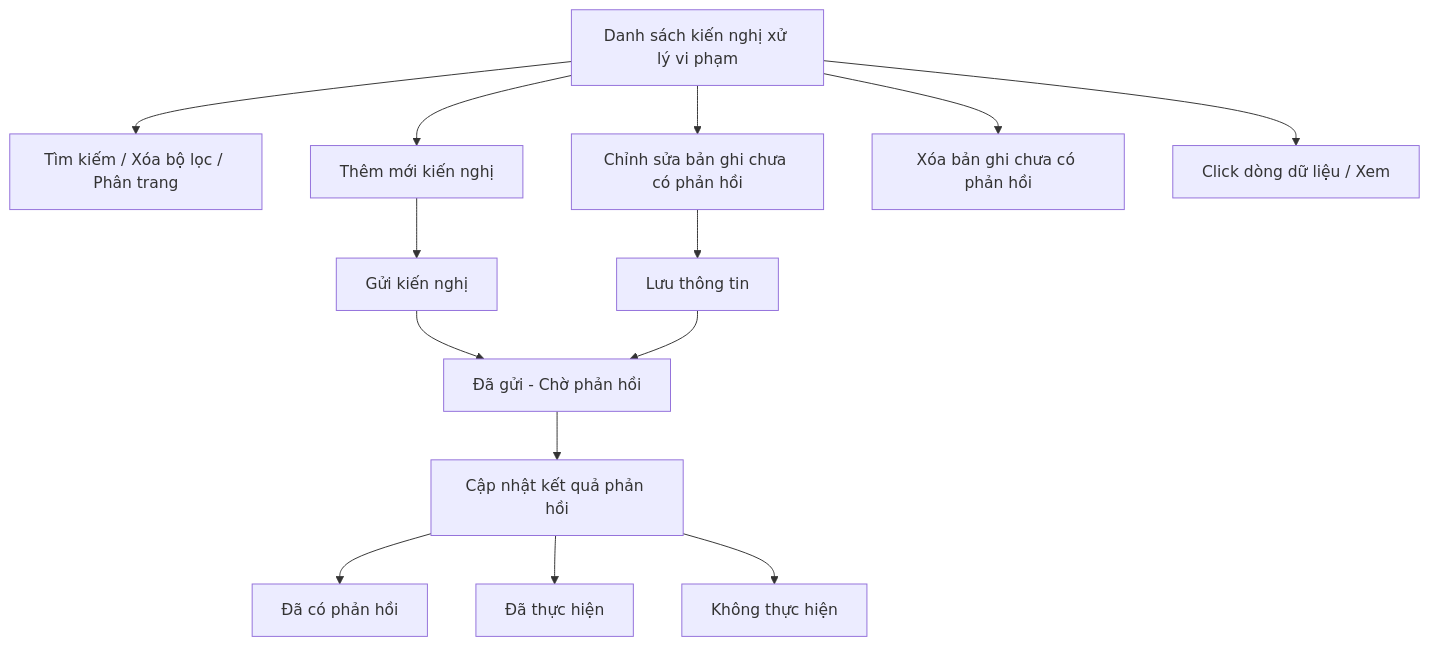
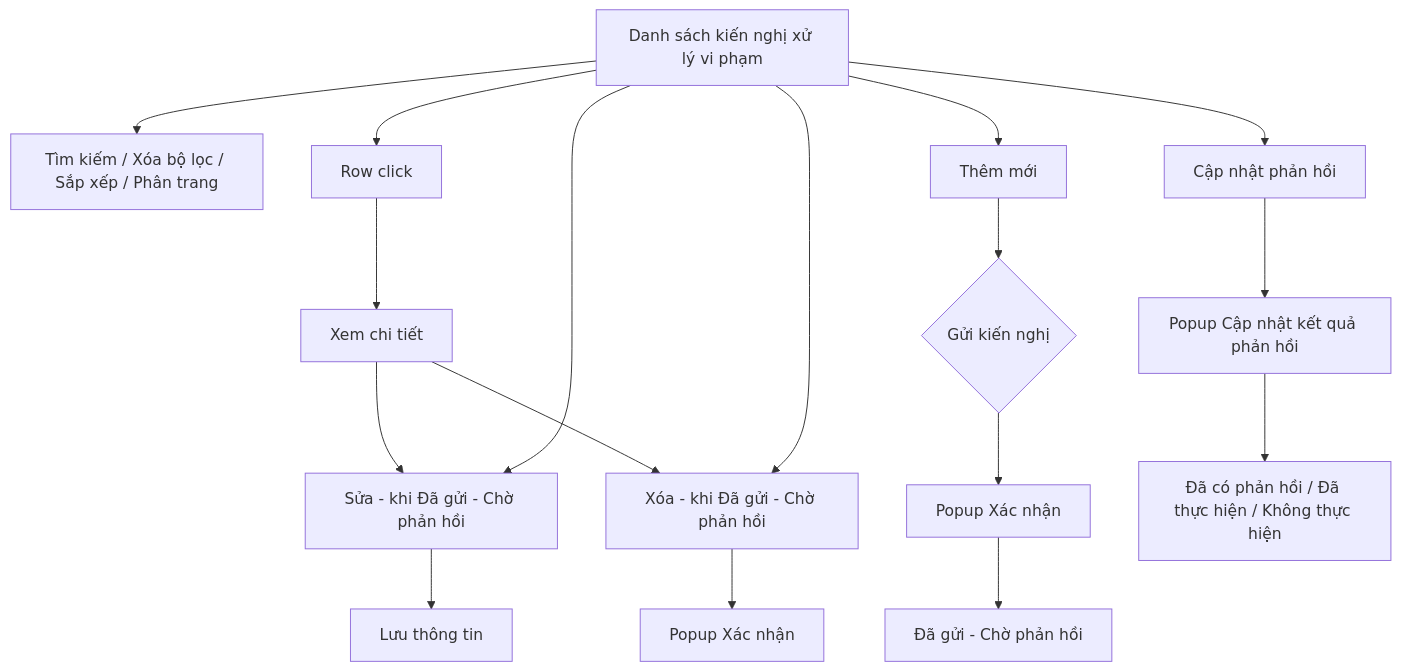
The diagram in Tai lieu phan tich/03_Website_Quan_tri/03_Cong_tac_boi_thuong/SRS_BTNN_STP_KienNghi_XuLyViPham_GQBT.md (huyendt2007/BPBD_UI), drawn with Mermaid before and after one commit. The commit also changed other lines of this file and 135 other files, not shown here.

````diff
--- a/Tai lieu phan tich/03_Website_Quan_tri/03_Cong_tac_boi_thuong/SRS_BTNN_STP_KienNghi_XuLyViPham_GQBT.md
+++ b/Tai lieu phan tich/03_Website_Quan_tri/03_Cong_tac_boi_thuong/SRS_BTNN_STP_KienNghi_XuLyViPham_GQBT.md
@@ -27,16 +29,13 @@
 ```mermaid
 flowchart TD
-    A[Danh sách kiến nghị xử lý vi phạm] --> B[Tìm kiếm / Xóa bộ lọc / Phân trang]
-    A --> C[Thêm mới kiến nghị]
-    C --> E[Gửi kiến nghị]
-    E --> F["Đã gửi - Chờ phản hồi"]
-    A --> G[Chỉnh sửa bản ghi chưa có phản hồi]
-    G --> N[Lưu thông tin]
-    N --> F
-    F --> H[Cập nhật kết quả phản hồi]
-    H --> I["Đã có phản hồi"]
-    H --> J["Đã thực hiện"]
-    H --> K["Không thực hiện"]
-    A --> L[Xóa bản ghi chưa có phản hồi]
-    A --> M[Click dòng dữ liệu / Xem]
+    A[Danh sách kiến nghị xử lý vi phạm] --> B[Tìm kiếm / Xóa bộ lọc / Sắp xếp / Phân trang]
+    A --> G[Row click] --> K[Xem chi tiết]
+    K --> E
+    K --> F
+    A --> C[Thêm mới] --> S{Gửi kiến nghị}
+    S --> X1[Popup Xác nhận] --> W["Đã gửi - Chờ phản hồi"]
+    A --> E[Sửa - khi Đã gửi - Chờ phản hồi] --> D[Lưu thông tin]
+    A --> F[Xóa - khi Đã gửi - Chờ phản hồi] --> X2[Popup Xác nhận]
+    A --> R[Cập nhật phản hồi] --> P[Popup Cập nhật kết quả phản hồi]
+    P --> R1["Đã có phản hồi / Đã thực hiện / Không thực hiện"]
 ```
````
